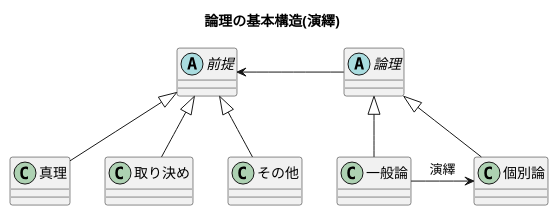
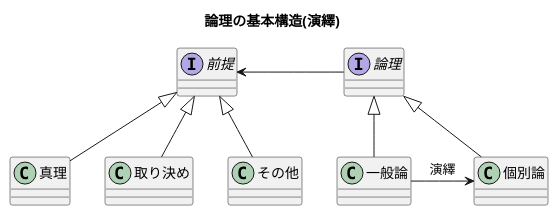
Before and after one commit to k2works/pragmatic-presentation-exercise-2024: the eighth of 30 diagrams in docs/slides/WIP.md, drawn with PlantUML. The commit also changed other lines of this file and 1 other file, not shown here.

````diff
--- a/docs/slides/WIP.md
+++ b/docs/slides/WIP.md
@@ -306,31 +311,31 @@
 ```plantuml
 @startuml
 
 title 論理の基本構造(演繹)
 
-abstract "論理" as A 
+interface "論理" as A 
 
 class "一般論" as B
 
 class "個別論" as C
 
-abstract "前提" as D {
+interface "前提" as D {
 }
 
 class "真理" as E
 
 class "取り決め" as F
 
 class "その他" as G
 
 
 D <- A
 D <|-- E
 D <|-- F
 D <|-- G
 A <|-- B
 A <|-- C
 B -> C : 演繹
 
 @enduml
 ```
````
